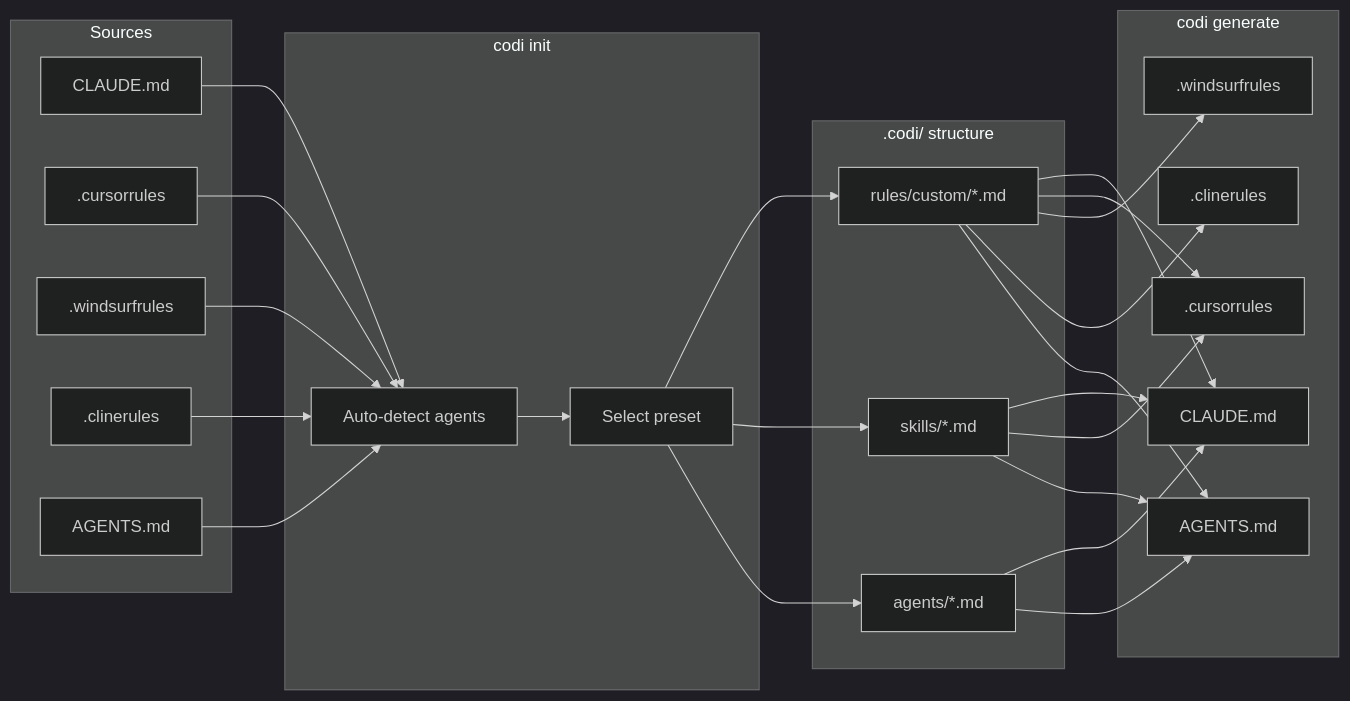
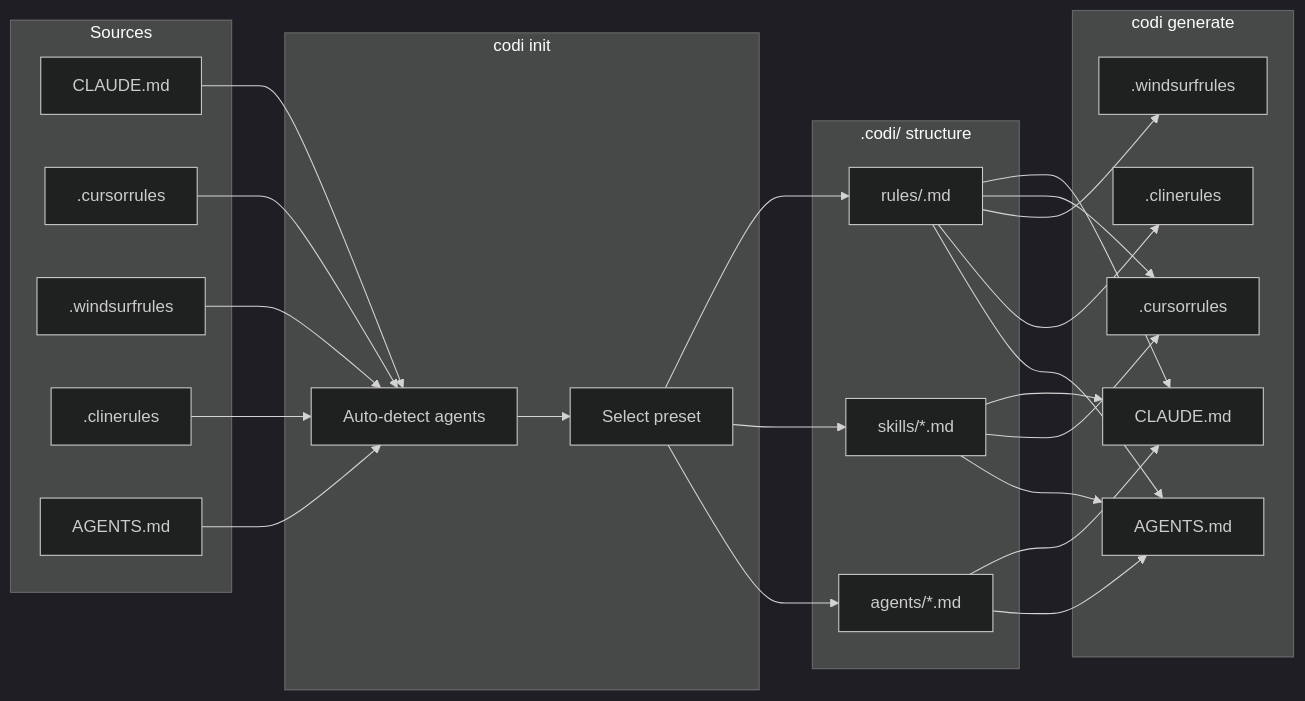
Before and after one commit to lehidalgo/codi: the diagram in docs/migration.md, drawn with Mermaid (dark theme). The commit also changed other lines of this file and 21 other files, not shown here.

````diff
--- a/docs/migration.md
+++ b/docs/migration.md
@@ -218,49 +218,49 @@
 ```mermaid
 flowchart LR
     subgraph Sources
         A["CLAUDE.md"]
         B[".cursorrules"]
         C[".windsurfrules"]
         D[".clinerules"]
         E["AGENTS.md"]
     end
 
     subgraph "codi init"
         F["Auto-detect agents"]
         G["Select preset"]
     end
 
     subgraph ".codi/ structure"
-        H["rules/custom/*.md"]
+        H["rules/<topic>.md"]
         I["skills/*.md"]
         J["agents/*.md"]
     end
 
     subgraph "codi generate"
         K["CLAUDE.md"]
         L[".cursorrules"]
         M[".windsurfrules"]
         N[".clinerules"]
         O["AGENTS.md"]
     end
 
     A --> F
     B --> F
     C --> F
     D --> F
     E --> F
     F --> G
     G --> H
     G --> I
     G --> J
     H --> K
     H --> L
     H --> M
     H --> N
     H --> O
     I --> K
     I --> L
     I --> O
     J --> K
     J --> O
 ```
````
